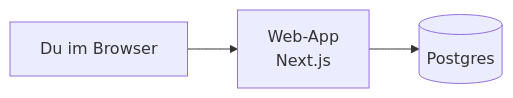
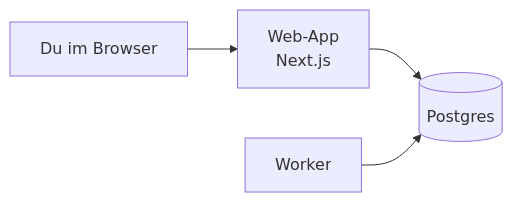
One commit to oliverhees/paibot changed the diagram in docs/architektur.md. Above: the diagram before and after it, drawn with Mermaid. The commit also changed other lines of this file and 4 other files, not shown here.

````diff
--- a/docs/architektur.md
+++ b/docs/architektur.md
@@ -17,5 +17,6 @@
 ```mermaid
 flowchart LR
     U["Du im Browser"] --> W["Web-App<br/>Next.js"]
     W --> DB[("Postgres")]
+    WK["Worker"] --> DB
 ```
````
